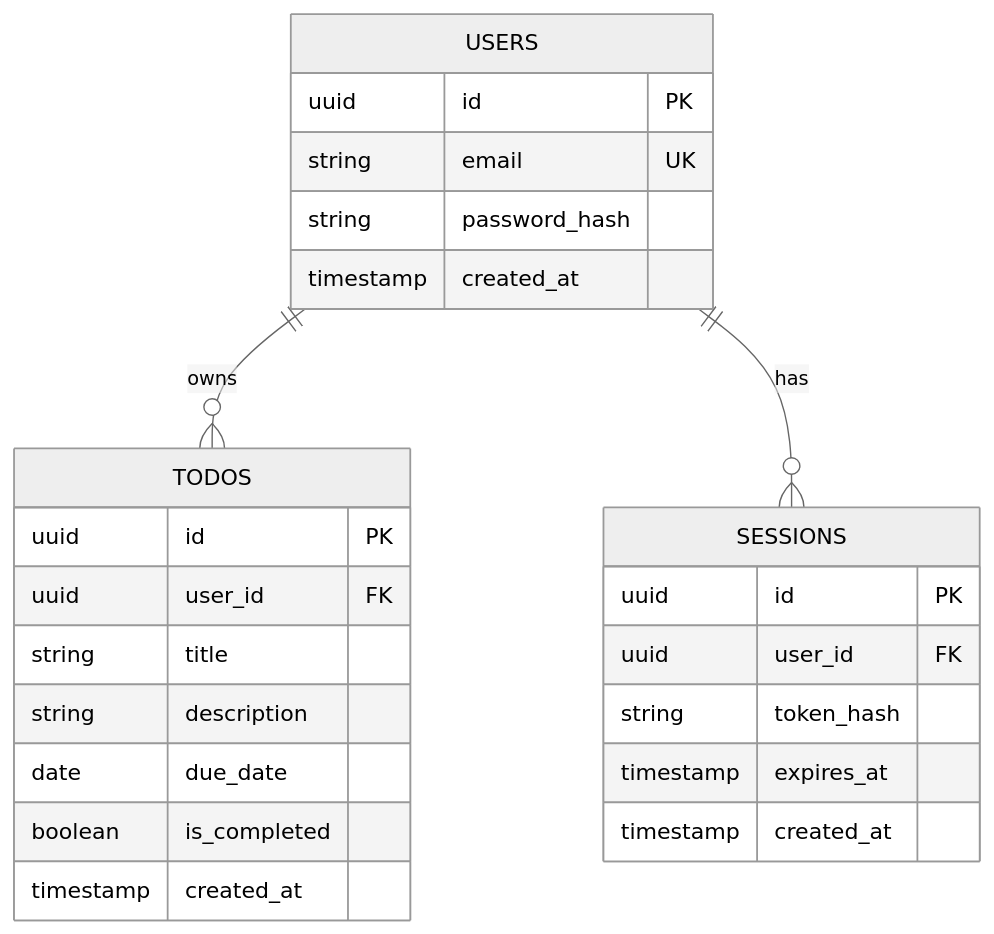
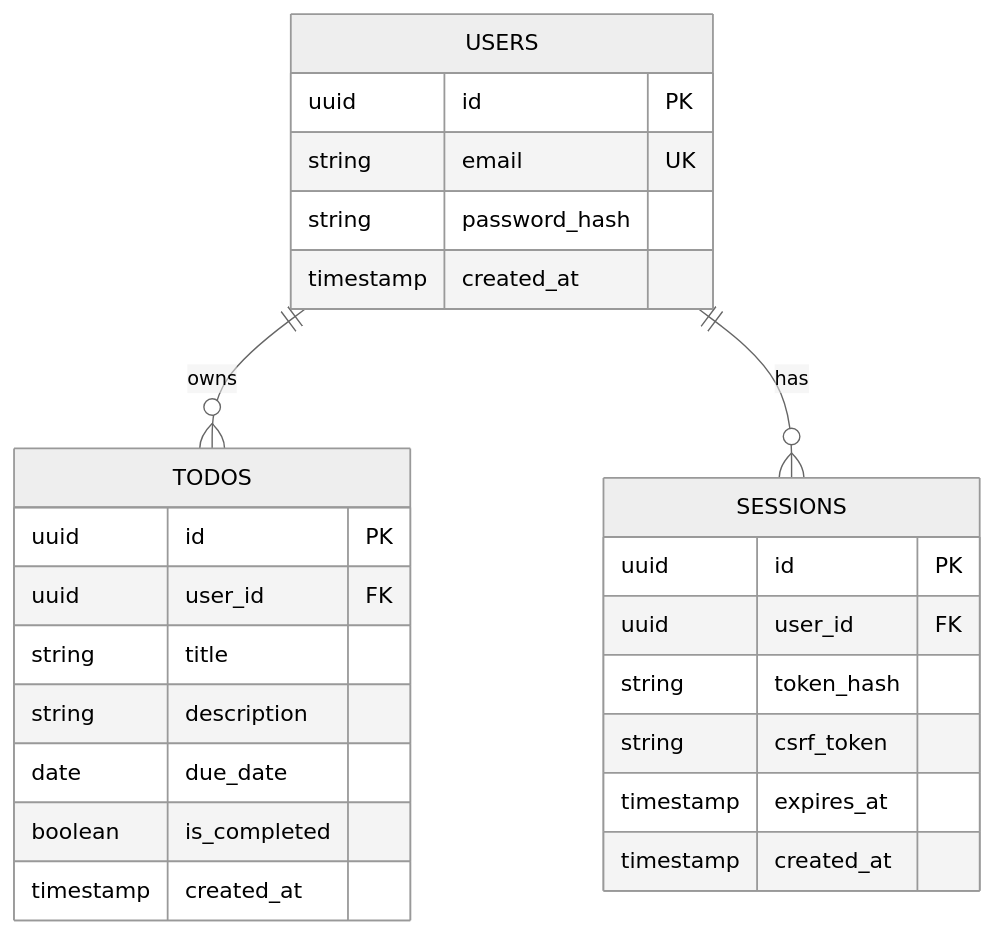
The first of 2 diagrams in docs/architecture.md (SajadSajadpour/foci-todo), drawn with Mermaid (neutral theme) before and after one commit. The commit also changed other lines of this file and 1 other file, not shown here.

Commit message:
Clarify submission assumptions and implemented architecture

````diff
--- a/docs/architecture.md
+++ b/docs/architecture.md
@@ -11,27 +11,28 @@
 ```mermaid
 erDiagram
     USERS ||--o{ TODOS : owns
     USERS ||--o{ SESSIONS : has
     USERS {
         uuid id PK
         string email UK
         string password_hash
         timestamp created_at
     }
     SESSIONS {
         uuid id PK
         uuid user_id FK
         string token_hash
+        string csrf_token
         timestamp expires_at
         timestamp created_at
     }
     TODOS {
         uuid id PK
         uuid user_id FK
         string title
         string description
         date due_date
         boolean is_completed
         timestamp created_at
     }
 ```
````
